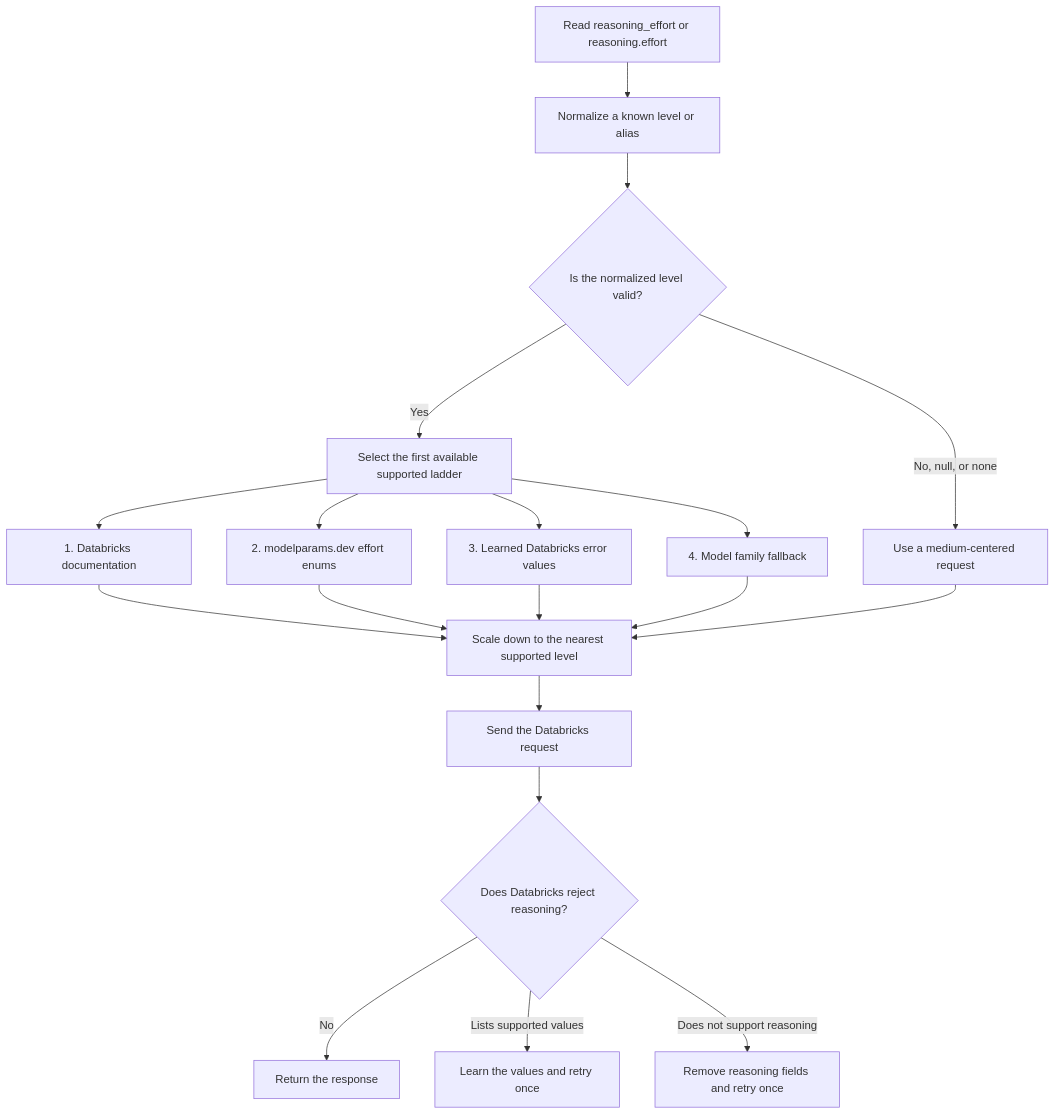
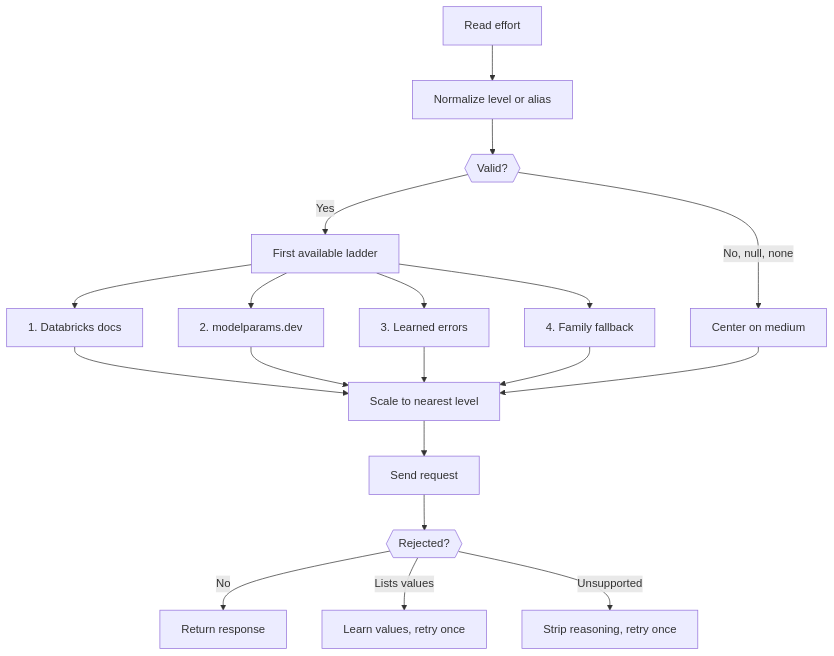
Before and after one commit to reggie-db/dbx-tools: the second of 2 diagrams in docs/model-gateway.md, drawn with Mermaid. The commit also changed other lines of this file and 23 other files, not shown here.

````diff
--- a/docs/model-gateway.md
+++ b/docs/model-gateway.md
@@ -99,23 +99,23 @@
 ```mermaid
 flowchart TD
     accTitle: Reasoning effort translation
     accDescr: The gateway normalizes reasoning effort, selects the first available supported ladder, scales down to a supported level, and retries once after a reasoning-specific Databricks error.
-    start["Read reasoning_effort or reasoning.effort"] --> normalize["Normalize a known level or alias"]
-    normalize --> valid{"Is the normalized level valid?"}
-    valid -->|No, null, or none| centered["Use a medium-centered request"]
-    valid -->|Yes| ladder["Select the first available supported ladder"]
-    ladder --> docs["1. Databricks documentation"]
-    ladder --> params["2. modelparams.dev effort enums"]
-    ladder --> learned["3. Learned Databricks error values"]
-    ladder --> family["4. Model family fallback"]
-    docs --> scale["Scale down to the nearest supported level"]
+    start["Read effort"] --> normalize["Normalize level or alias"]
+    normalize --> valid{{"Valid?"}}
+    valid -->|No, null, none| centered["Center on medium"]
+    valid -->|Yes| ladder["First available ladder"]
+    ladder --> docs["1. Databricks docs"]
+    ladder --> params["2. modelparams.dev"]
+    ladder --> learned["3. Learned errors"]
+    ladder --> family["4. Family fallback"]
+    docs --> scale["Scale to nearest level"]
     params --> scale
     learned --> scale
     family --> scale
     centered --> scale
-    scale --> send["Send the Databricks request"]
-    send --> rejected{"Does Databricks reject reasoning?"}
-    rejected -->|No| response["Return the response"]
-    rejected -->|Lists supported values| learn["Learn the values and retry once"]
-    rejected -->|Does not support reasoning| strip["Remove reasoning fields and retry once"]
+    scale --> send["Send request"]
+    send --> rejected{{"Rejected?"}}
+    rejected -->|No| response["Return response"]
+    rejected -->|Lists values| learn["Learn values, retry once"]
+    rejected -->|Unsupported| strip["Strip reasoning, retry once"]
 ```
````
